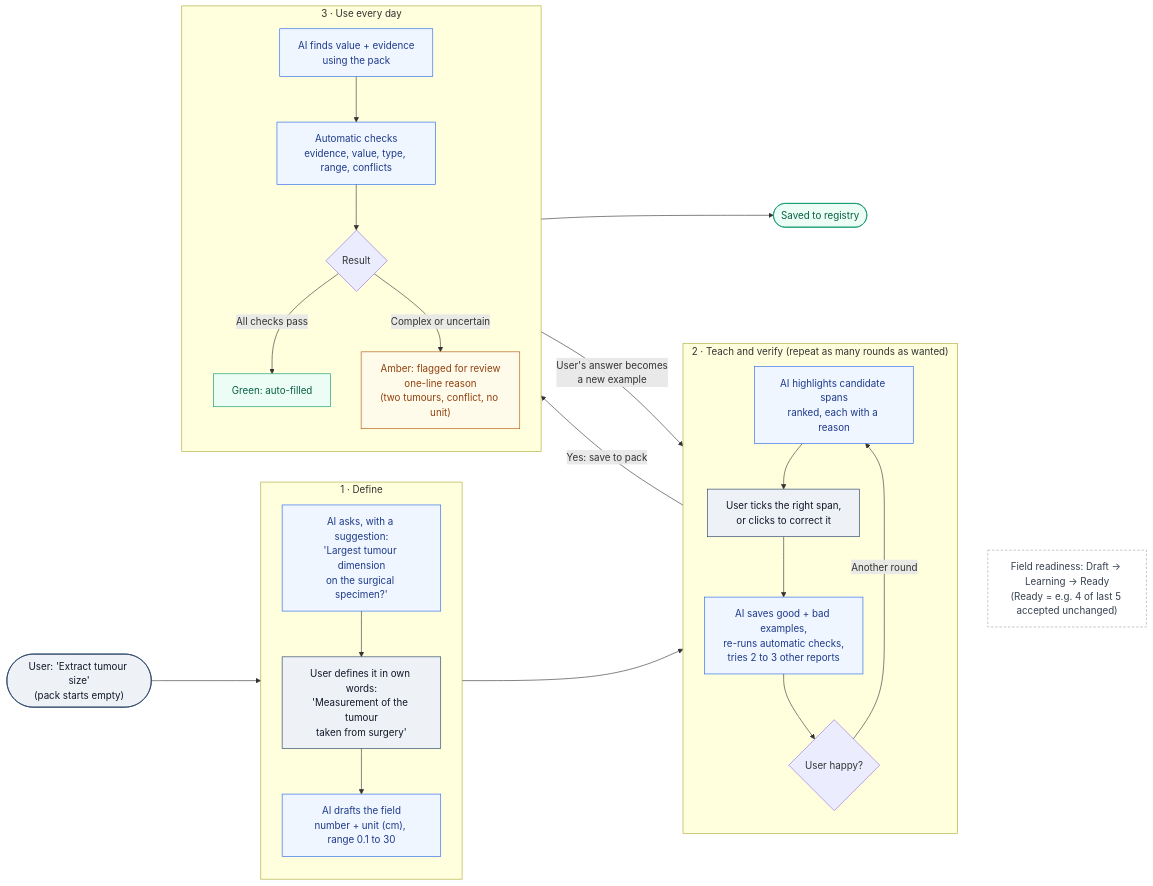
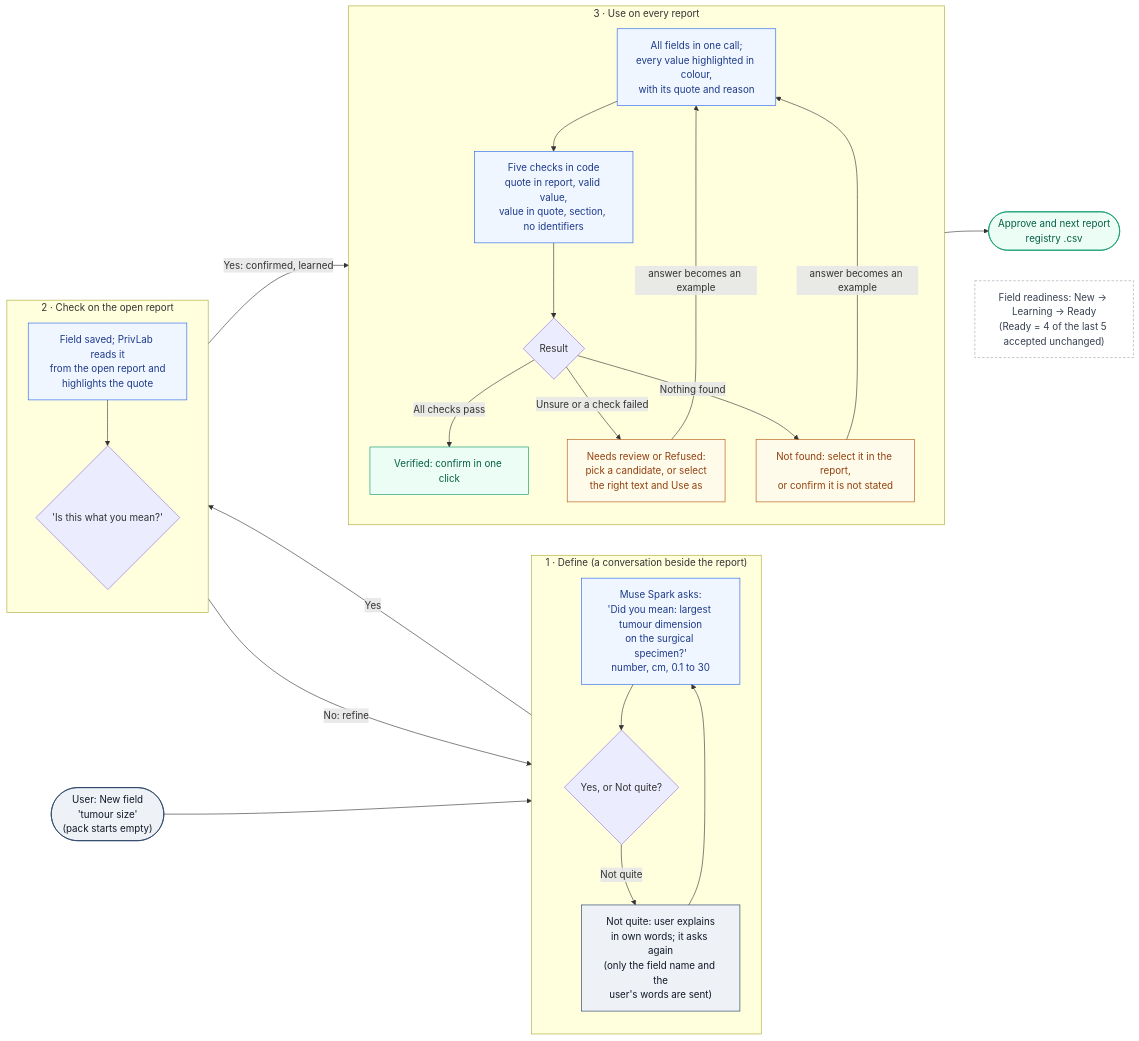
One commit to megan-chu/PrivLab changed the diagram in docs/teach_workflow.mmd. Above: the diagram before and after it, drawn with Mermaid. The commit also changed 2 other files, not shown here.

Commit message:
docs: update README export and qualification rows and both diagrams
- README: the masked report text is now a separate, user-chosen download next to the
  structured registry CSV (withheld if an identifier pattern remains); both name-check
  models passed qualification (11 of 12, no false alarms)
- architecture.mmd: name check on Muse Spark Open with 1.3 as backup, five code checks,
  task switch, two exports, raw text stays on the device
- teach_workflow.mmd: field definition as a conversation, check on the open report,
  Verified / Needs review / Not found, approve and next

```diff
--- a/docs/teach_workflow.mmd
+++ b/docs/teach_workflow.mmd
@@ -1,51 +1,53 @@
 flowchart LR
-    A(["User: 'Extract tumour size'<br/>(pack starts empty)"]) --> P1
+    A(["User: New field<br/>'tumour size'<br/>(pack starts empty)"]) --> P1
 
-    subgraph P1["1 · Define"]
+    subgraph P1["1 · Define (a conversation beside the report)"]
         direction TB
-        C["AI asks, with a suggestion:<br/>'Largest tumour dimension<br/>on the surgical specimen?'"]
-        D["User defines it in own words:<br/>'Measurement of the tumour<br/>taken from surgery'"]
-        E["AI drafts the field<br/>number + unit (cm), range 0.1 to 30"]
-        C --> D --> E
+        C["Muse Spark asks:<br/>'Did you mean: largest tumour dimension<br/>on the surgical specimen?'<br/>number, cm, 0.1 to 30"]
+        D{"Yes, or Not quite?"}
+        E["Not quite: user explains<br/>in own words; it asks again<br/>(only the field name and the<br/>user's words are sent)"]
+        C --> D
+        D -->|"Not quite"| E --> C
     end
 
-    subgraph P2["2 · Teach and verify (repeat as many rounds as wanted)"]
+    subgraph P2["2 · Check on the open report"]
         direction TB
-        F["AI highlights candidate spans<br/>ranked, each with a reason"]
-        G["User ticks the right span,<br/>or clicks to correct it"]
-        H["AI saves good + bad examples,<br/>re-runs automatic checks,<br/>tries 2 to 3 other reports"]
-        I{"User happy?"}
-        F --> G --> H --> I
-        I -->|"Another round"| F
+        F["Field saved; PrivLab reads it<br/>from the open report and<br/>highlights the quote"]
+        G{"'Is this what you mean?'"}
+        F --> G
     end
 
-    subgraph P3["3 · Use every day"]
+    subgraph P3["3 · Use on every report"]
         direction TB
-        R["AI finds value + evidence<br/>using the pack"]
-        V["Automatic checks<br/>evidence, value, type, range, conflicts"]
+        R["All fields in one call;<br/>every value highlighted in colour,<br/>with its quote and reason"]
+        V["Five checks in code<br/>quote in report, valid value,<br/>value in quote, section, no identifiers"]
         S{"Result"}
-        GR["Green: auto-filled"]
-        AM["Amber: flagged for review<br/>one-line reason<br/>(two tumours, conflict, no unit)"]
+        GR["Verified: confirm in one click"]
+        AM["Needs review or Refused:<br/>pick a candidate, or select<br/>the right text and Use as"]
+        NF["Not found: select it in the report,<br/>or confirm it is not stated"]
         R --> V --> S
         S -->|"All checks pass"| GR
-        S -->|"Complex or uncertain"| AM
+        S -->|"Unsure or a check failed"| AM
+        S -->|"Nothing found"| NF
     end
 
-    E --> F
-    I -->|"Yes: save to pack"| R
-    GR --> OUT(["Saved to registry"])
-    AM -->|"User's answer becomes<br/>a new example"| H
+    D -->|"Yes"| F
+    G -->|"No: refine"| E
+    G -->|"Yes: confirmed, learned"| R
+    GR --> OUT(["Approve and next report<br/>registry .csv"])
+    AM -->|"answer becomes an example"| R
+    NF -->|"answer becomes an example"| R
 
-    NOTE["Field readiness: Draft → Learning → Ready<br/>(Ready = e.g. 4 of last 5 accepted unchanged)"]
-    P2 ~~~ NOTE
+    NOTE["Field readiness: New → Learning → Ready<br/>(Ready = 4 of the last 5 accepted unchanged)"]
+    P3 ~~~ NOTE
 
     classDef user fill:#EEF2F7,stroke:#1E3A5F,color:#111827
     classDef ai fill:#EFF6FF,stroke:#2563EB,color:#1E3A8A
     classDef good fill:#ECFDF5,stroke:#059669,color:#065F46
     classDef warn fill:#FFFBEB,stroke:#B45309,color:#92400E
     classDef note fill:#FFFFFF,stroke:#9CA3AF,color:#374151,stroke-dasharray: 4 3
-    class A,D,G user
-    class C,E,F,H,R,V ai
+    class A,E user
+    class C,F,R,V ai
     class GR,OUT good
-    class AM warn
+    class AM,NF warn
     class NOTE note
```
